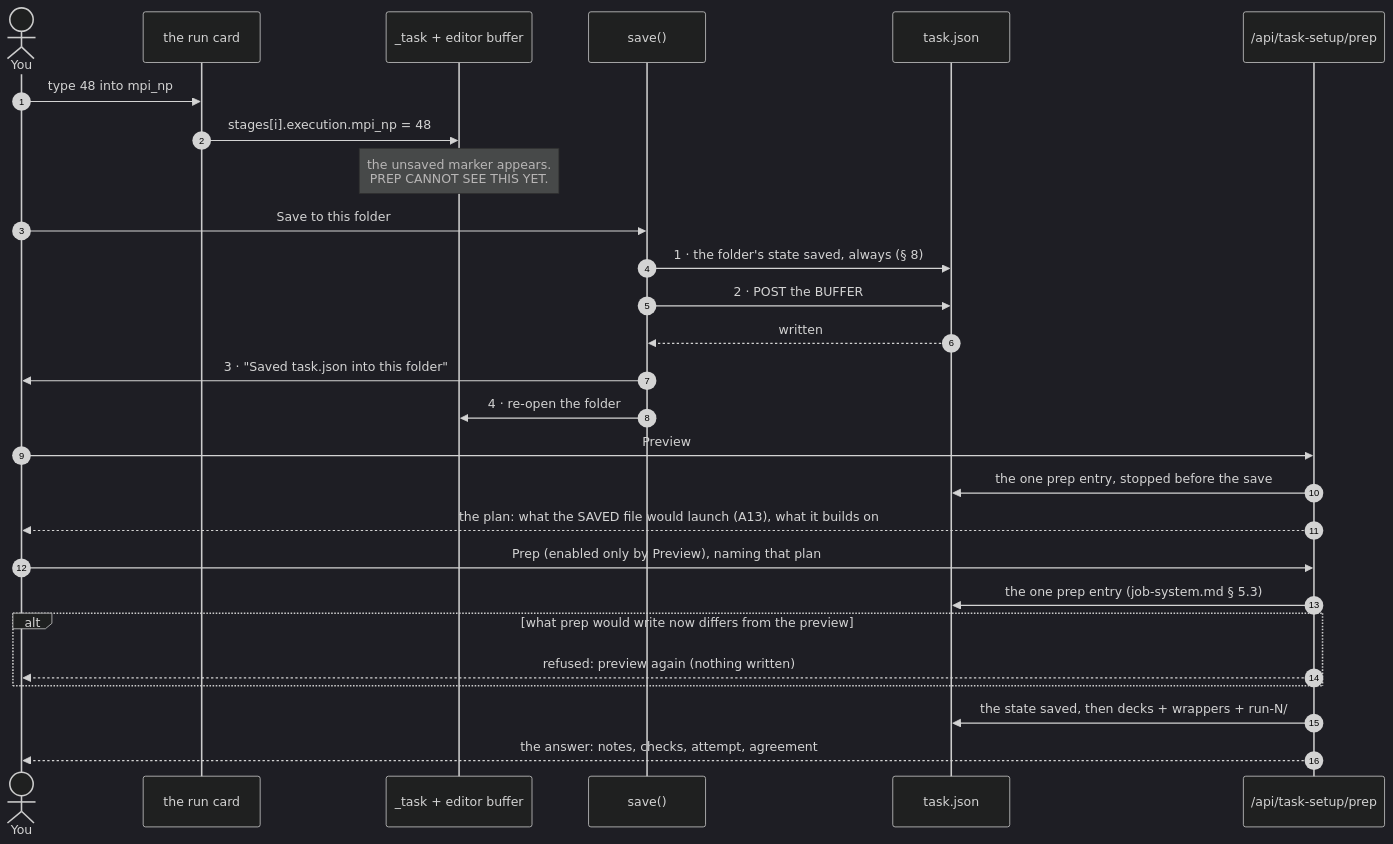
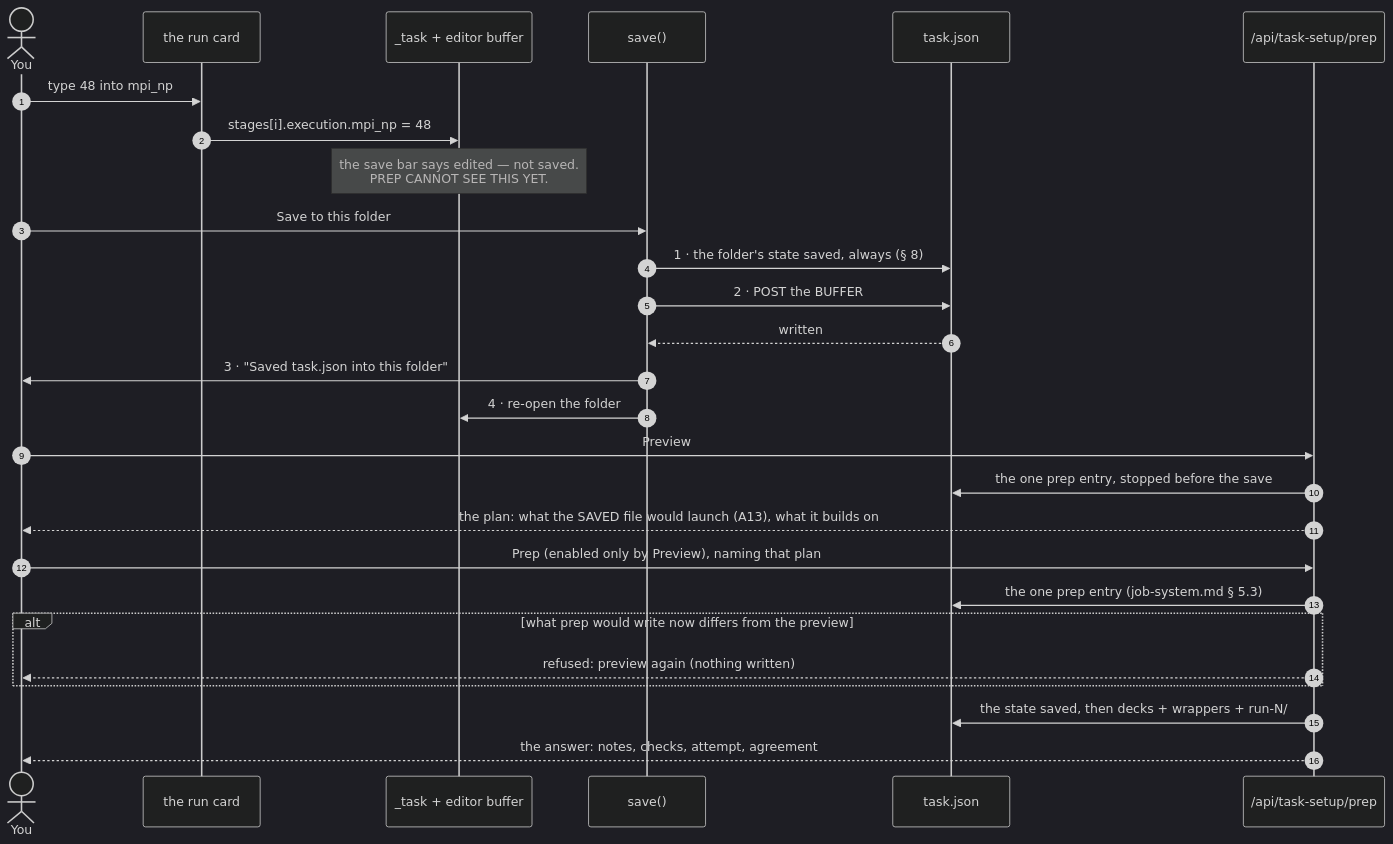
One commit to Qing-LAB/molbuilder changed the diagram in docs/web/task-setup.md. Above: the diagram before and after it, drawn with Mermaid (dark theme). The commit also changed other lines of this file and 18 other files, not shown here.

````diff
--- a/docs/web/task-setup.md
+++ b/docs/web/task-setup.md
@@ -894,32 +902,32 @@
 ```mermaid
 sequenceDiagram
     autonumber
     actor You
     participant Card as the run card
     participant Model as _task + editor buffer
     participant Save as save()
     participant Disk as task.json
     participant Prep as /api/task-setup/prep
 
     You->>Card: type 48 into mpi_np
     Card->>Model: stages[i].execution.mpi_np = 48
-    Note over Model: the unsaved marker appears.<br/>PREP CANNOT SEE THIS YET.
+    Note over Model: the save bar says edited — not saved.<br/>PREP CANNOT SEE THIS YET.
 
     You->>Save: Save to this folder
     Save->>Disk: 1 · the folder's state saved, always (§ 8)
     Save->>Disk: 2 · POST the BUFFER
     Disk-->>Save: written
     Save->>You: 3 · "Saved task.json into this folder"
     Save->>Model: 4 · re-open the folder
 
     You->>Prep: Preview
     Prep->>Disk: the one prep entry, stopped before the save
     Prep-->>You: the plan: what the SAVED file would launch (A13), what it builds on
     You->>Prep: Prep (enabled only by Preview), naming that plan
     Prep->>Disk: the one prep entry (job-system.md § 5.3)
     alt what prep would write now differs from the preview
       Prep-->>You: refused: preview again (nothing written)
     end
     Prep->>Disk: the state saved, then decks + wrappers + run-N/
     Prep-->>You: the answer: notes, checks, attempt, agreement
 ```
````
